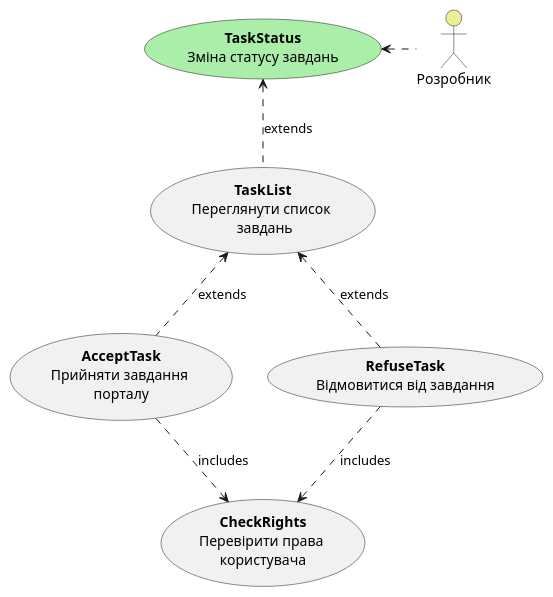
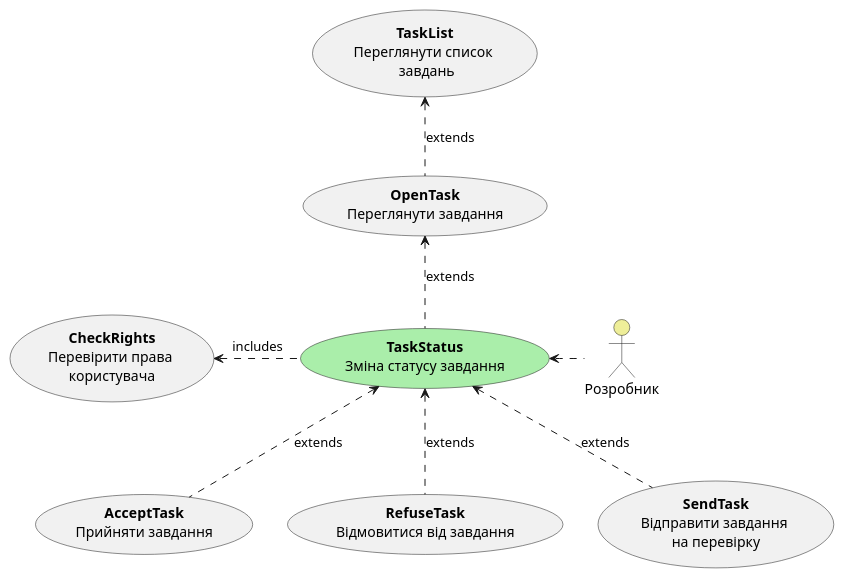
Before and after one commit to boldak/edu-db-cw: the fifth of 6 diagrams in docs/use cases/README.md, drawn with PlantUML. The commit also changed other lines of this file, not shown here.

Commit message:
added info + changed some uml

```diff
--- a/docs/use cases/README.md
+++ b/docs/use cases/README.md
@@ -120,22 +157,24 @@
 @startuml
 
-    usecase "<b>TaskStatus</b>\nЗміна статусу завдань" as TaskStatus #aaeeaa
+    usecase "<b>TaskStatus</b>\nЗміна статусу завдання" as TaskStatus #aaeeaa
     
     actor "Розробник" as Developer #eeee99
     
     Developer .l.-> TaskStatus
     
     usecase "<b>CheckRights</b>\nПеревірити права \nкористувача" as CheckRights
     
     usecase "<b>TaskList</b>\nПереглянути список \n завдань" as TaskList
-    usecase "<b>AcceptTask</b>\nПрийняти завдання \nпорталу" as AcceptTask
+    usecase "<b>OpenTask</b>\nПереглянути завдання" as OpenTask
+    usecase "<b>AcceptTask</b>\nПрийняти завдання" as AcceptTask
     usecase "<b>RefuseTask</b>\nВідмовитися від завдання" as RefuseTask
+    usecase "<b>SendTask</b>\nВідправити завдання \nна перевірку" as SendTask
+
+    OpenTask .u.> TaskList: extends
+    TaskStatus .u.> OpenTask: extends
+    AcceptTask .u.> TaskStatus: extends
+    RefuseTask .u.> TaskStatus: extends
+    SendTask .u.> TaskStatus: extends
     
-    
-    TaskList .u.> TaskStatus: extends
-    AcceptTask .u.> TaskList: extends
-    RefuseTask .u.> TaskList: extends
-    
-    AcceptTask .d.> CheckRights: includes
-    RefuseTask .d.> CheckRights: includes
+    TaskStatus .l.> CheckRights: includes
 @enduml
```
